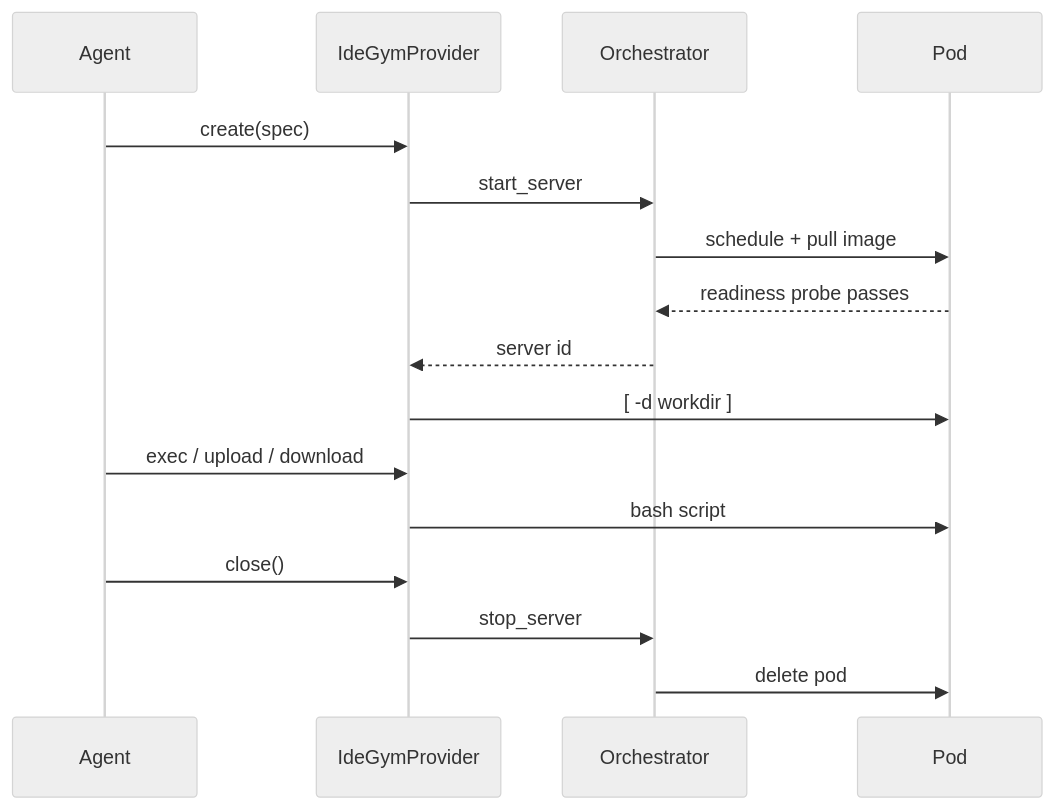
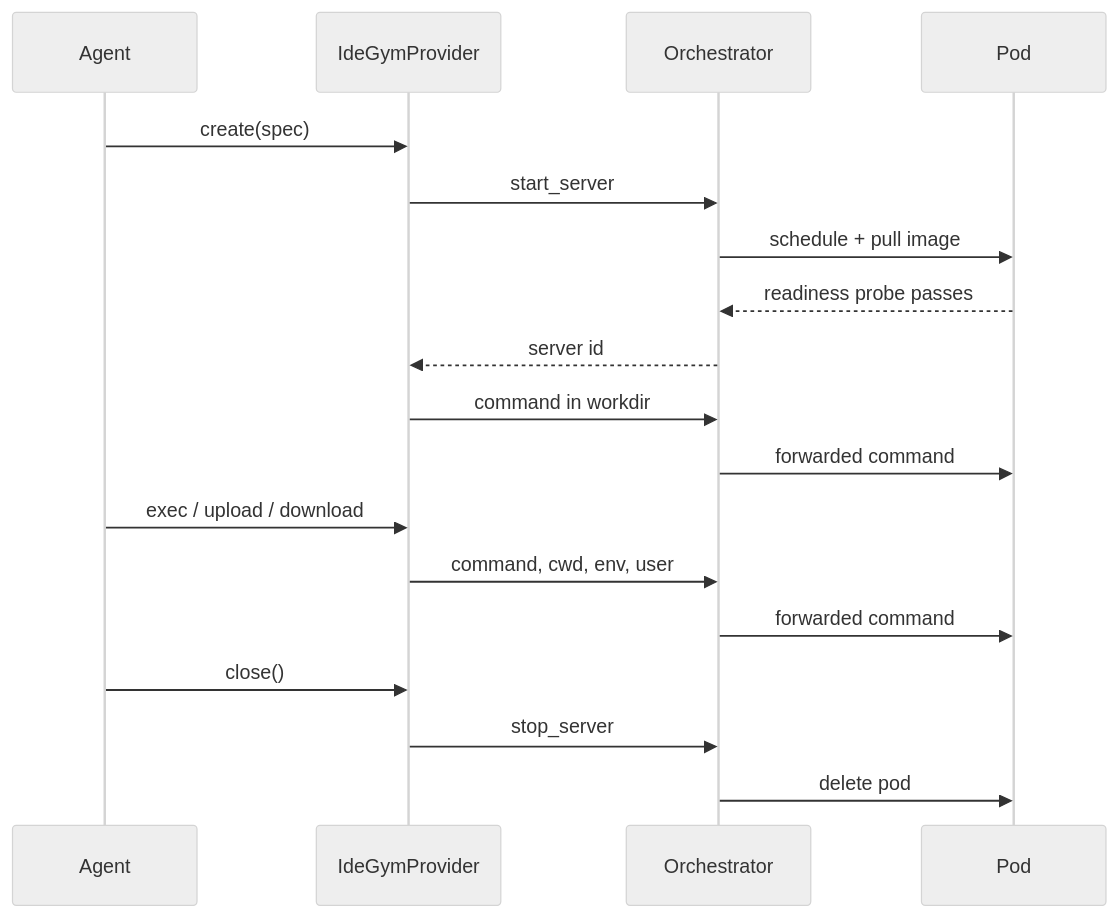
One commit to NVIDIA-NeMo/Gym changed the diagram in fern/versions/latest/pages/infrastructure/sandbox/idegym.mdx. Above: the diagram before and after it, drawn with Mermaid (neutral theme). The commit also changed other lines of this file and 3 other files, not shown here.

````diff
--- a/fern/versions/latest/pages/infrastructure/sandbox/idegym.mdx
+++ b/fern/versions/latest/pages/infrastructure/sandbox/idegym.mdx
@@ -171,18 +185,20 @@
 ```mermaid
 sequenceDiagram
     participant A as Agent
     participant P as IdeGymProvider
     participant O as Orchestrator
     participant K as Pod
     A->>P: create(spec)
     P->>O: start_server
     O->>K: schedule + pull image
     K-->>O: readiness probe passes
     O-->>P: server id
-    P->>K: [ -d workdir ]
+    P->>O: command in workdir
+    O->>K: forwarded command
     A->>P: exec / upload / download
-    P->>K: bash script
+    P->>O: command, cwd, env, user
+    O->>K: forwarded command
     A->>P: close()
     P->>O: stop_server
     O->>K: delete pod
 ```
````
